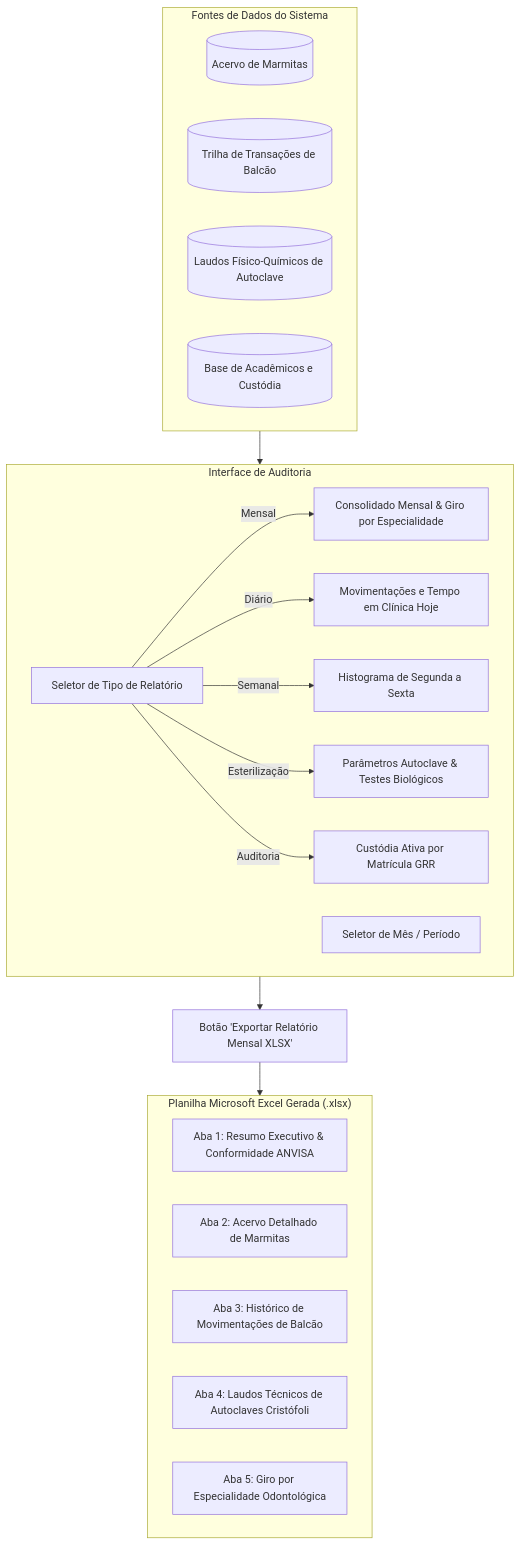
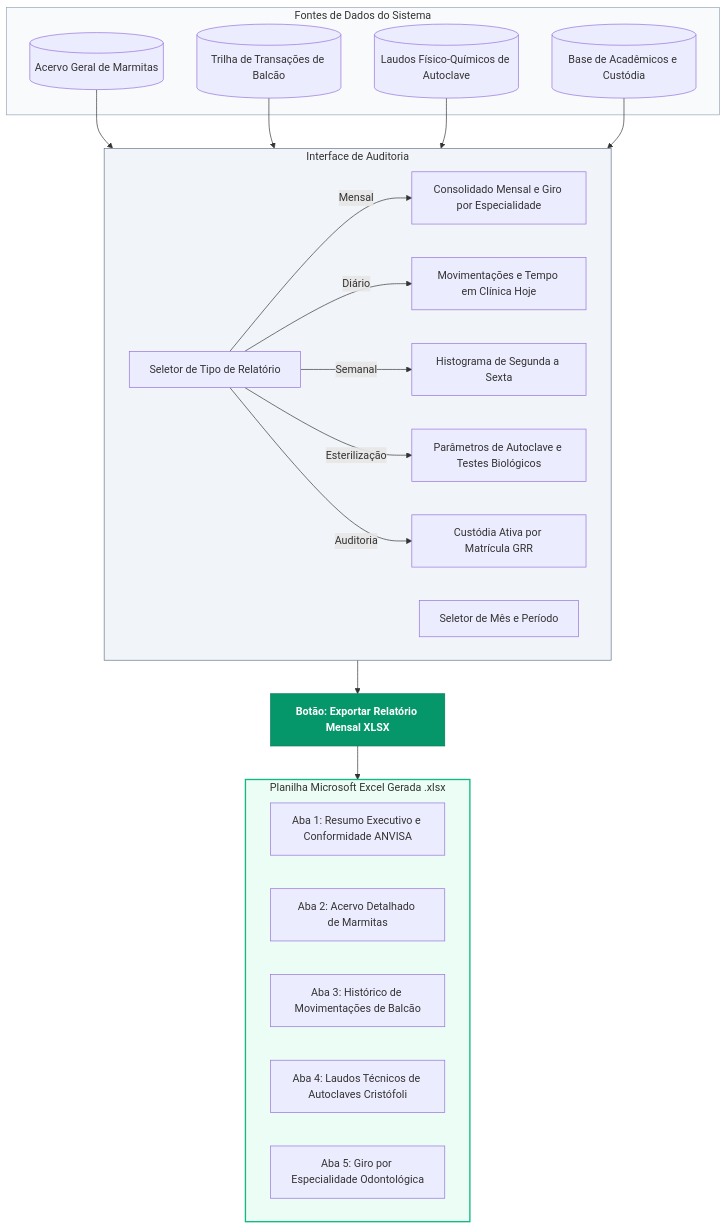
One commit to matheus-gabriel-les/Projeto-BigDente-v2 changed the fourth of 4 diagrams in README.md. Above: the diagram before and after it, drawn with Mermaid. The commit also changed other lines of this file, not shown here.

First line of the commit message:
docs: update RBAC flowchart in README

````diff
--- a/README.md
+++ b/README.md
@@ -117,34 +124,42 @@
 ```mermaid
 flowchart TD
     subgraph DADOS ["Fontes de Dados do Sistema"]
-        D1[(Acervo de Marmitas)]
-        D2[(Trilha de Transações de Balcão)]
-        D3[(Laudos Físico-Químicos de Autoclave)]
-        D4[(Base de Acadêmicos e Custódia)]
+        D1[("Acervo Geral de Marmitas")]
+        D2[("Trilha de Transações de Balcão")]
+        D3[("Laudos Físico-Químicos de Autoclave")]
+        D4[("Base de Acadêmicos e Custódia")]
     end
 
     subgraph SELECAO ["Interface de Auditoria"]
-        T1[Seletor de Tipo de Relatório]
-        T2[Seletor de Mês / Período]
-        T1 -->|Mensal| V1[Consolidado Mensal & Giro por Especialidade]
-        T1 -->|Diário| V2[Movimentações e Tempo em Clínica Hoje]
-        T1 -->|Semanal| V3[Histograma de Segunda a Sexta]
-        T1 -->|Esterilização| V4[Parâmetros Autoclave & Testes Biológicos]
-        T1 -->|Auditoria| V5[Custódia Ativa por Matrícula GRR]
+        T1["Seletor de Tipo de Relatório"]
+        T2["Seletor de Mês e Período"]
+        T1 -->|Mensal| V1["Consolidado Mensal e Giro por Especialidade"]
+        T1 -->|Diário| V2["Movimentações e Tempo em Clínica Hoje"]
+        T1 -->|Semanal| V3["Histograma de Segunda a Sexta"]
+        T1 -->|Esterilização| V4["Parâmetros de Autoclave e Testes Biológicos"]
+        T1 -->|Auditoria| V5["Custódia Ativa por Matrícula GRR"]
     end
 
-    DADOS --> SELECAO
+    D1 --> SELECAO
+    D2 --> SELECAO
+    D3 --> SELECAO
+    D4 --> SELECAO
 
-    BTN[Botão 'Exportar Relatório Mensal XLSX']
+    BTN["Botão: Exportar Relatório Mensal XLSX"]
     SELECAO --> BTN
 
-    subgraph ARQUIVO ["Planilha Microsoft Excel Gerada (.xlsx)"]
-        S1[Aba 1: Resumo Executivo & Conformidade ANVISA]
-        S2[Aba 2: Acervo Detalhado de Marmitas]
-        S3[Aba 3: Histórico de Movimentações de Balcão]
-        S4[Aba 4: Laudos Técnicos de Autoclaves Cristófoli]
-        S5[Aba 5: Giro por Especialidade Odontológica]
+    subgraph ARQUIVO ["Planilha Microsoft Excel Gerada .xlsx"]
+        S1["Aba 1: Resumo Executivo e Conformidade ANVISA"]
+        S2["Aba 2: Acervo Detalhado de Marmitas"]
+        S3["Aba 3: Histórico de Movimentações de Balcão"]
+        S4["Aba 4: Laudos Técnicos de Autoclaves Cristófoli"]
+        S5["Aba 5: Giro por Especialidade Odontológica"]
     end
 
     BTN --> ARQUIVO
+
+    style DADOS fill:#f8fafc,stroke:#94a3b8,stroke-width:1px
+    style SELECAO fill:#f1f5f9,stroke:#64748b,stroke-width:1px
+    style ARQUIVO fill:#ecfdf5,stroke:#10b981,stroke-width:2px
+    style BTN fill:#059669,stroke:#047857,color:#ffffff,font-weight:bold
 ```
````
